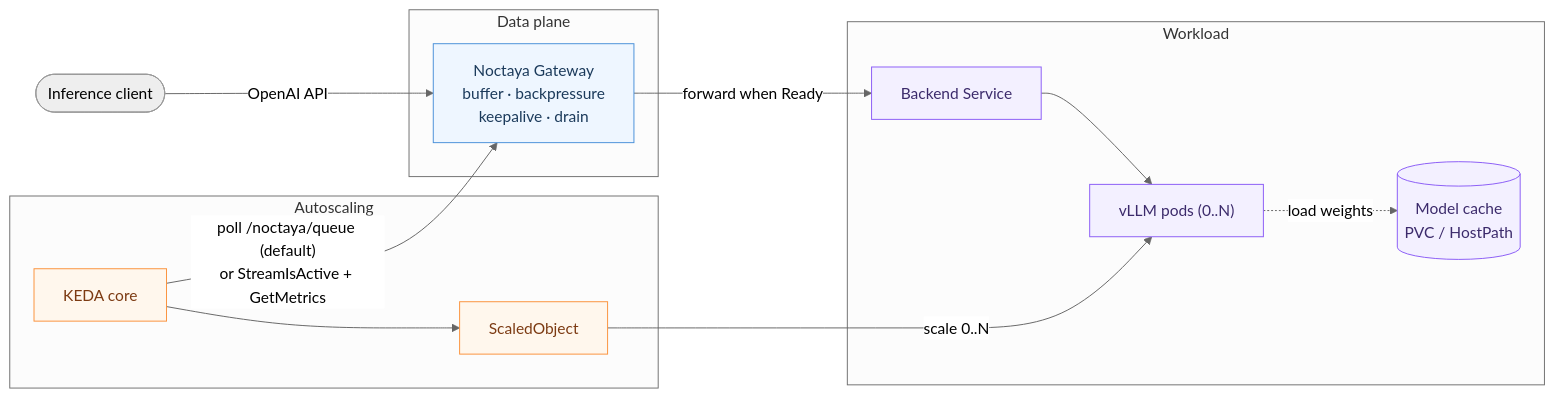
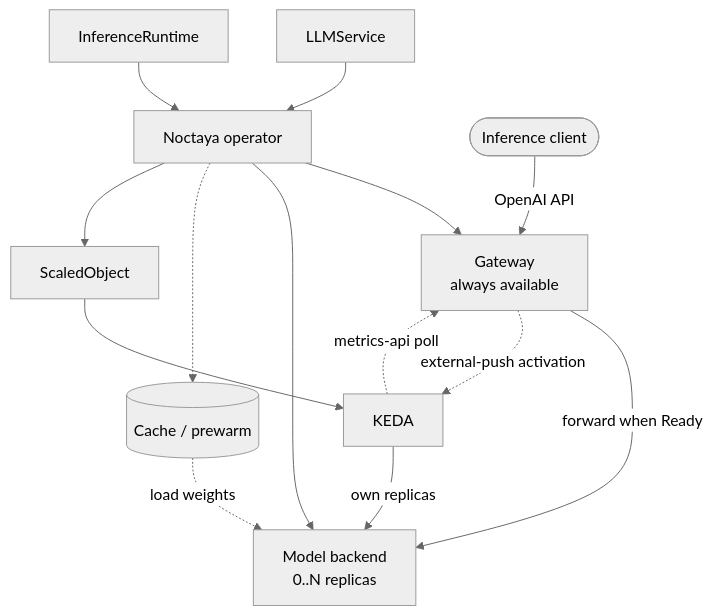
Before and after one commit to noctaya/noctaya: the diagram in docs/architecture.md, drawn with Mermaid (neutral theme). The commit also changed other lines of this file and 1 other file, not shown here.

Commit message:
docs: clarify architecture and API reference

````diff
--- a/docs/architecture.md
+++ b/docs/architecture.md
@@ -64,29 +54,26 @@
 ```mermaid
-flowchart LR
+flowchart TB
+  llm["LLMService"]
+  runtime["InferenceRuntime"]
+  operator["Noctaya operator"]
   client(["Inference client"])
-  subgraph dp["Data plane"]
-    gw["Noctaya Gateway<br/>buffer · backpressure<br/>keepalive · drain"]
-  end
-  subgraph wl["Workload"]
-    svc["Backend Service"]
-    pods["vLLM pods (0..N)"]
-    cache[("Model cache<br/>PVC / HostPath")]
-  end
-  subgraph cp["Autoscaling"]
-    keda["KEDA core"]
-    so["ScaledObject"]
-  end
-  client -->|"OpenAI API"| gw
-  gw -->|"forward when Ready"| svc --> pods
-  pods -.->|"load weights"| cache
-  keda -->|"poll /noctaya/queue (default)<br/>or StreamIsActive + GetMetrics"| gw
-  keda --> so
-  so -->|"scale 0..N"| pods
+  gateway["Gateway<br/>always available"]
+  backend["Model backend<br/>0..N replicas"]
+  cache[("Cache / prewarm")]
+  scaled["ScaledObject"]
+  keda["KEDA"]
 
-  classDef plane fill:#eef6ff,stroke:#4a90d9,color:#1b3a5b;
-  classDef work fill:#f3f0ff,stroke:#8b5cf6,color:#3b2a6b;
-  classDef auto fill:#fff7ed,stroke:#fb923c,color:#7c3a12;
-  class gw plane;
-  class svc,pods,cache work;
-  class keda,so auto;
+  llm --> operator
+  runtime --> operator
+  operator --> gateway
+  operator --> backend
+  operator -.-> cache
+  operator --> scaled
+  client -->|"OpenAI API"| gateway
+  gateway -->|"forward when Ready"| backend
+  cache -.->|"load weights"| backend
+  keda -.->|"metrics-api poll"| gateway
+  gateway -.->|"external-push activation"| keda
+  scaled --> keda
+  keda -->|"own replicas"| backend
 ```
````
